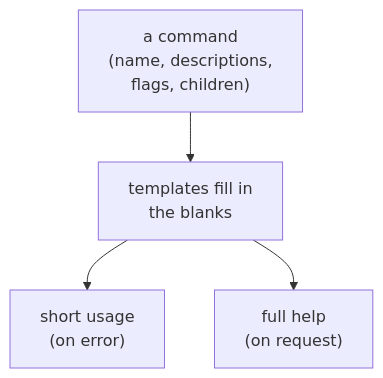
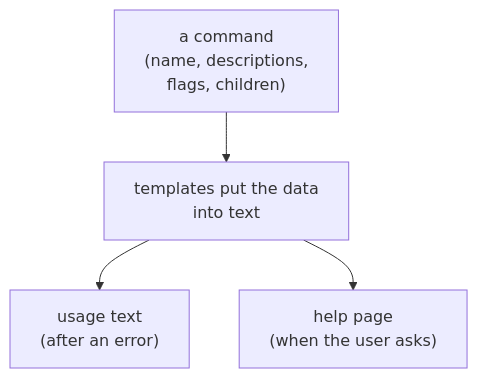
Before and after one commit to KeunwooPark/cluedoc: the first of 3 diagrams in docs/examples/cobra/.cluedoc/help-and-usage/README.md, drawn with Mermaid. The commit also changed other lines of this file and 22 other files, not shown here.

````diff
--- a/docs/examples/cobra/.cluedoc/help-and-usage/README.md
+++ b/docs/examples/cobra/.cluedoc/help-and-usage/README.md
@@ -8,11 +9,11 @@
 ```mermaid
 flowchart TD
     CMD["a command
     (name, descriptions,
-    flags, children)"] --> TMPL["templates fill in
-    the blanks"]
-    TMPL --> USAGE["short usage
-    (on error)"]
-    TMPL --> HELP["full help
-    (on request)"]
+    flags, children)"] --> TMPL["templates put the data
+    into text"]
+    TMPL --> USAGE["usage text
+    (after an error)"]
+    TMPL --> HELP["help page
+    (when the user asks)"]
 ```
````
